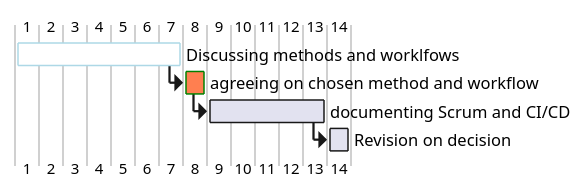
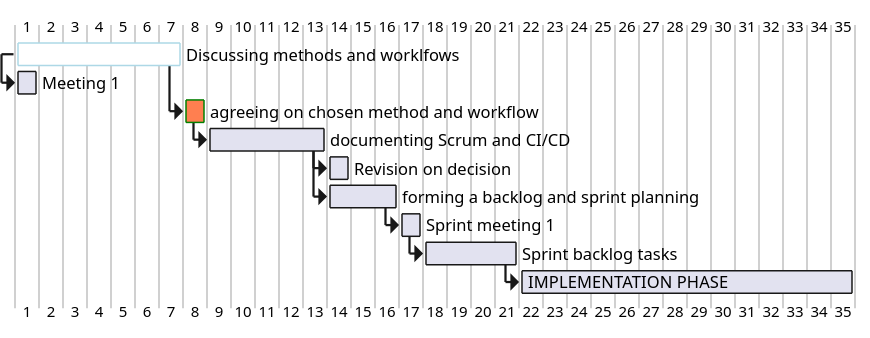
One commit to MattHoll26/2025-26-Engineering-1- changed the diagram in timeline.pu. Above: the diagram before and after it, drawn with PlantUML.

Commit message:
Current timeline so far -Ahmet Abdulhamit

```diff
--- a/timeline.pu
+++ b/timeline.pu
@@ -1,6 +1,21 @@
 @startgantt
+'Week1
 [Discussing methods and worklfows] lasts 7 days and is colored in lavendar/LightBlue
+[Meeting 1] lasts 1 days and starts after [Discussing methods and worklfows]'s start
+'Week2
 [agreeing on chosen method and workflow] lasts 1 days and is colored in Coral/Green and starts 0 days after [Discussing methods and worklfows]'s end
 [documenting Scrum and CI/CD] lasts 5 days and starts at [agreeing on chosen method and workflow]'s end
 [Revision on decision] lasts 1 days and starts after [documenting Scrum and CI/CD]'s end
+'Week3 
+[forming a backlog and sprint planning] lasts 3 days and starts after [documenting Scrum and CI/CD]'s end
+'Week4
+[Sprint meeting 1] lasts 1 days and starts after [forming a backlog and sprint planning]'s end
+[Sprint backlog tasks] lasts 4 days and starts after [Sprint meeting 1]'s end
+'Week5 
+[IMPLEMENTATION PHASE] lasts 14 days and starts after [Sprint backlog tasks]'s end
+
+
+'Week6
+
+
 @endgantt
```
